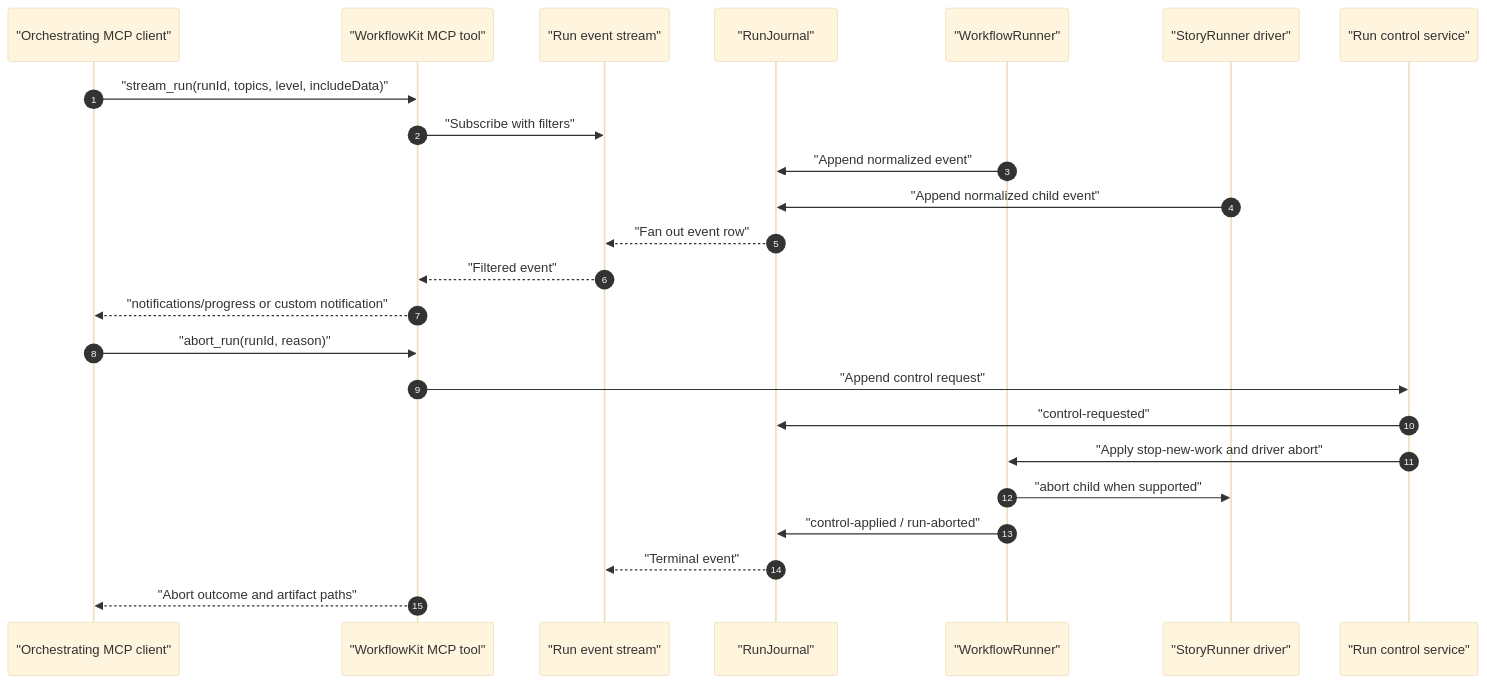
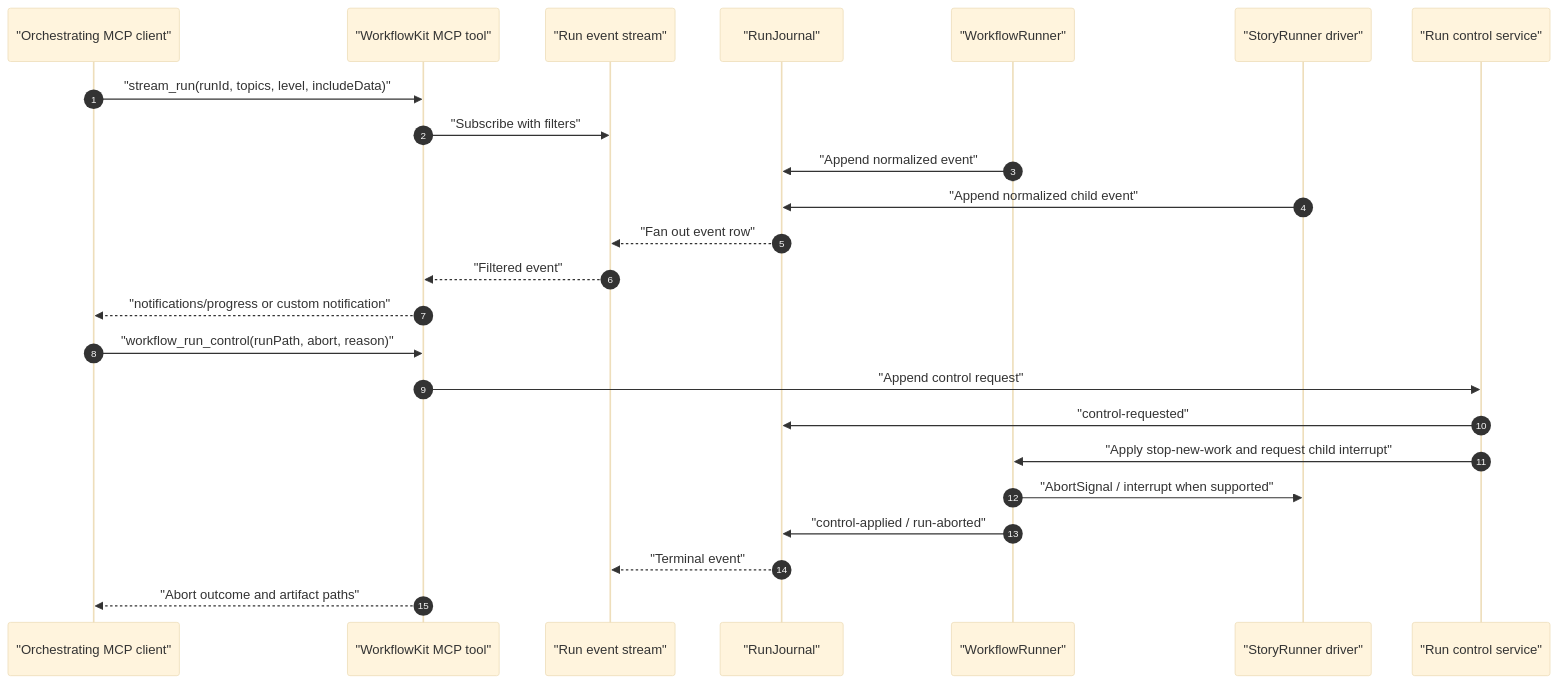
One commit to aryeko/agentic-workflow-kit changed the fourth of 5 diagrams in docs/prds/agentic-workflow-kit-redesign/technical-solution/02-runtime-flows.md. Above: the diagram before and after it, drawn with Mermaid (base theme). The commit also changed other lines of this file and 18 other files, not shown here.

First line of the commit message:
feat: add run abort control (#63)

````diff
--- a/docs/prds/agentic-workflow-kit-redesign/technical-solution/02-runtime-flows.md
+++ b/docs/prds/agentic-workflow-kit-redesign/technical-solution/02-runtime-flows.md
@@ -109,27 +109,27 @@
 ```mermaid
 sequenceDiagram
   autonumber
   participant Client as "Orchestrating MCP client"
   participant Tool as "WorkflowKit MCP tool"
   participant Stream as "Run event stream"
   participant Journal as "RunJournal"
   participant Runner as "WorkflowRunner"
   participant Driver as "StoryRunner driver"
   participant Control as "Run control service"
 
   Client->>Tool: "stream_run(runId, topics, level, includeData)"
   Tool->>Stream: "Subscribe with filters"
   Runner->>Journal: "Append normalized event"
   Driver->>Journal: "Append normalized child event"
   Journal-->>Stream: "Fan out event row"
   Stream-->>Tool: "Filtered event"
   Tool-->>Client: "notifications/progress or custom notification"
-  Client->>Tool: "abort_run(runId, reason)"
+  Client->>Tool: "workflow_run_control(runPath, abort, reason)"
   Tool->>Control: "Append control request"
   Control->>Journal: "control-requested"
-  Control->>Runner: "Apply stop-new-work and driver abort"
-  Runner->>Driver: "abort child when supported"
+  Control->>Runner: "Apply stop-new-work and request child interrupt"
+  Runner->>Driver: "AbortSignal / interrupt when supported"
   Runner->>Journal: "control-applied / run-aborted"
   Journal-->>Stream: "Terminal event"
   Tool-->>Client: "Abort outcome and artifact paths"
 ```
````
